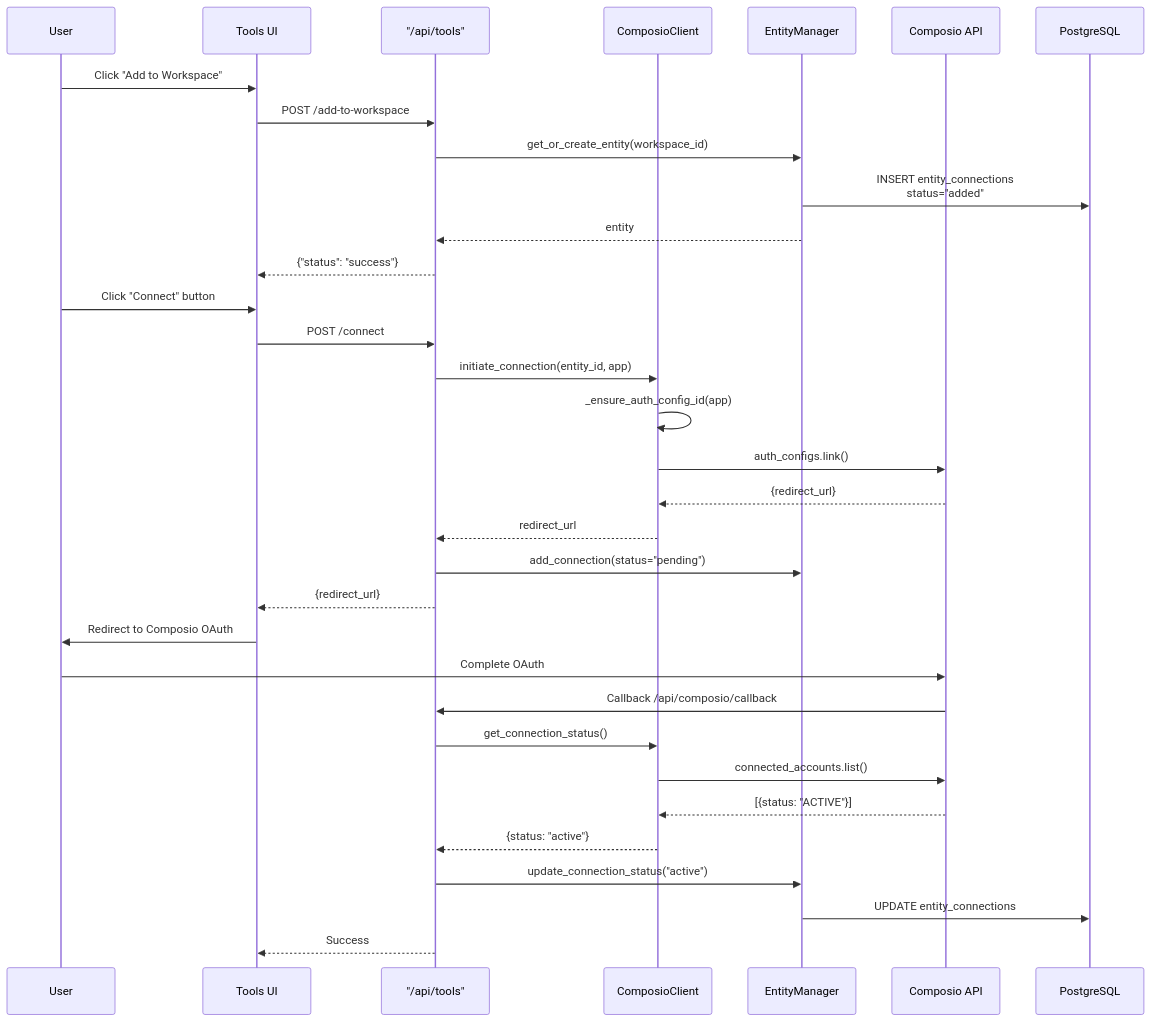
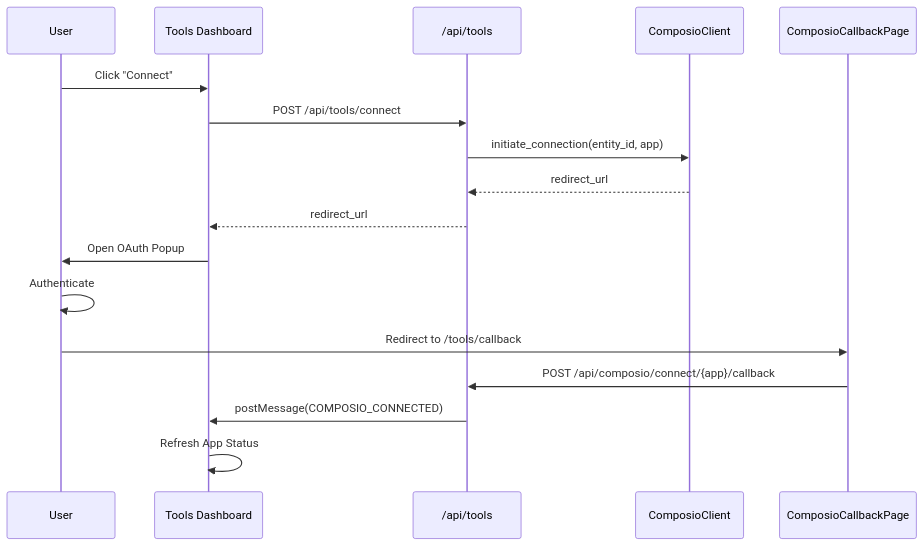
The third of 4 diagrams in docs/tools-integrations/_index.md (AutomatosAI/automatos-ai), drawn with Mermaid before and after one commit. The commit also changed other lines of this file and 149 other files, not shown here.

Commit message:
docs: refresh documentation with graphify semantic scan

````diff
--- a/docs/tools-integrations/_index.md
+++ b/docs/tools-integrations/_index.md
@@ -225,38 +172,20 @@
 ```mermaid
 sequenceDiagram
     participant User
-    participant UI as Tools UI
-    participant API as "/api/tools"
+    participant UI as Tools Dashboard
+    participant API as /api/tools
     participant Client as ComposioClient
-    participant EntityMgr as EntityManager
-    participant ComposioAPI as Composio API
-    participant DB as PostgreSQL
+    participant Callback as ComposioCallbackPage
     
-    User->>UI: Click "Add to Workspace"
-    UI->>API: POST /add-to-workspace
-    API->>EntityMgr: get_or_create_entity(workspace_id)
-    EntityMgr->>DB: INSERT entity_connections<br/>status="added"
-    EntityMgr-->>API: entity
-    API-->>UI: {"status": "success"}
-    
-    User->>UI: Click "Connect" button
-    UI->>API: POST /connect
+    User->>UI: Click "Connect"
+    UI->>API: POST /api/tools/connect
     API->>Client: initiate_connection(entity_id, app)
-    Client->>Client: _ensure_auth_config_id(app)
-    Client->>ComposioAPI: auth_configs.link()
-    ComposioAPI-->>Client: {redirect_url}
     Client-->>API: redirect_url
-    API->>EntityMgr: add_connection(status="pending")
-    API-->>UI: {redirect_url}
-    
-    UI->>User: Redirect to Composio OAuth
-    User->>ComposioAPI: Complete OAuth
-    ComposioAPI->>API: Callback /api/composio/callback
-    API->>Client: get_connection_status()
-    Client->>ComposioAPI: connected_accounts.list()
-    ComposioAPI-->>Client: [{status: "ACTIVE"}]
-    Client-->>API: {status: "active"}
-    API->>EntityMgr: update_connection_status("active")
-    EntityMgr->>DB: UPDATE entity_connections
-    API-->>UI: Success
+    API-->>UI: redirect_url
+    UI->>User: Open OAuth Popup
+    User->>User: Authenticate
+    User->>Callback: Redirect to /tools/callback
+    Callback->>API: POST /api/composio/connect/{app}/callback
+    API->>UI: postMessage(COMPOSIO_CONNECTED)
+    UI->>UI: Refresh App Status
 ```
````
